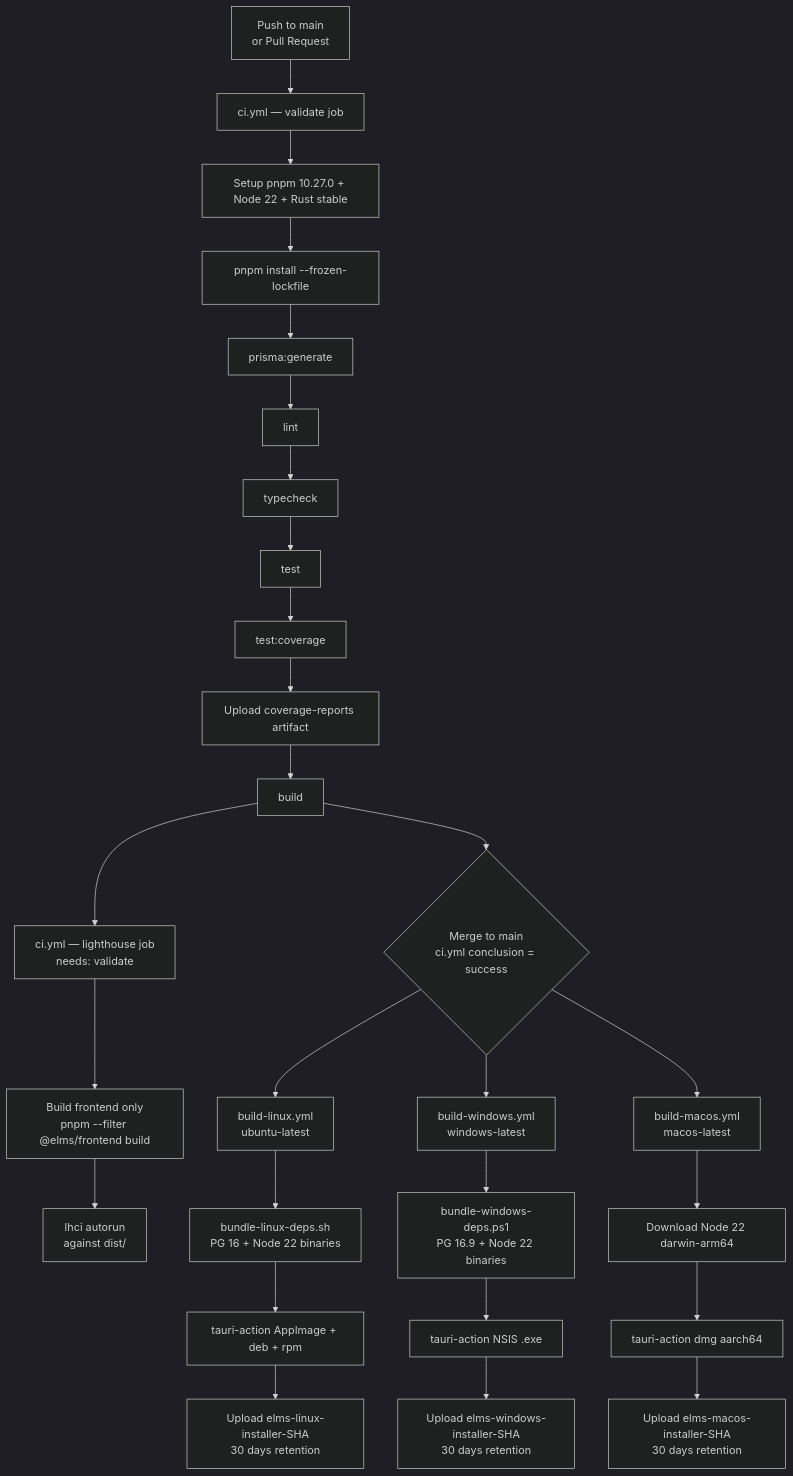
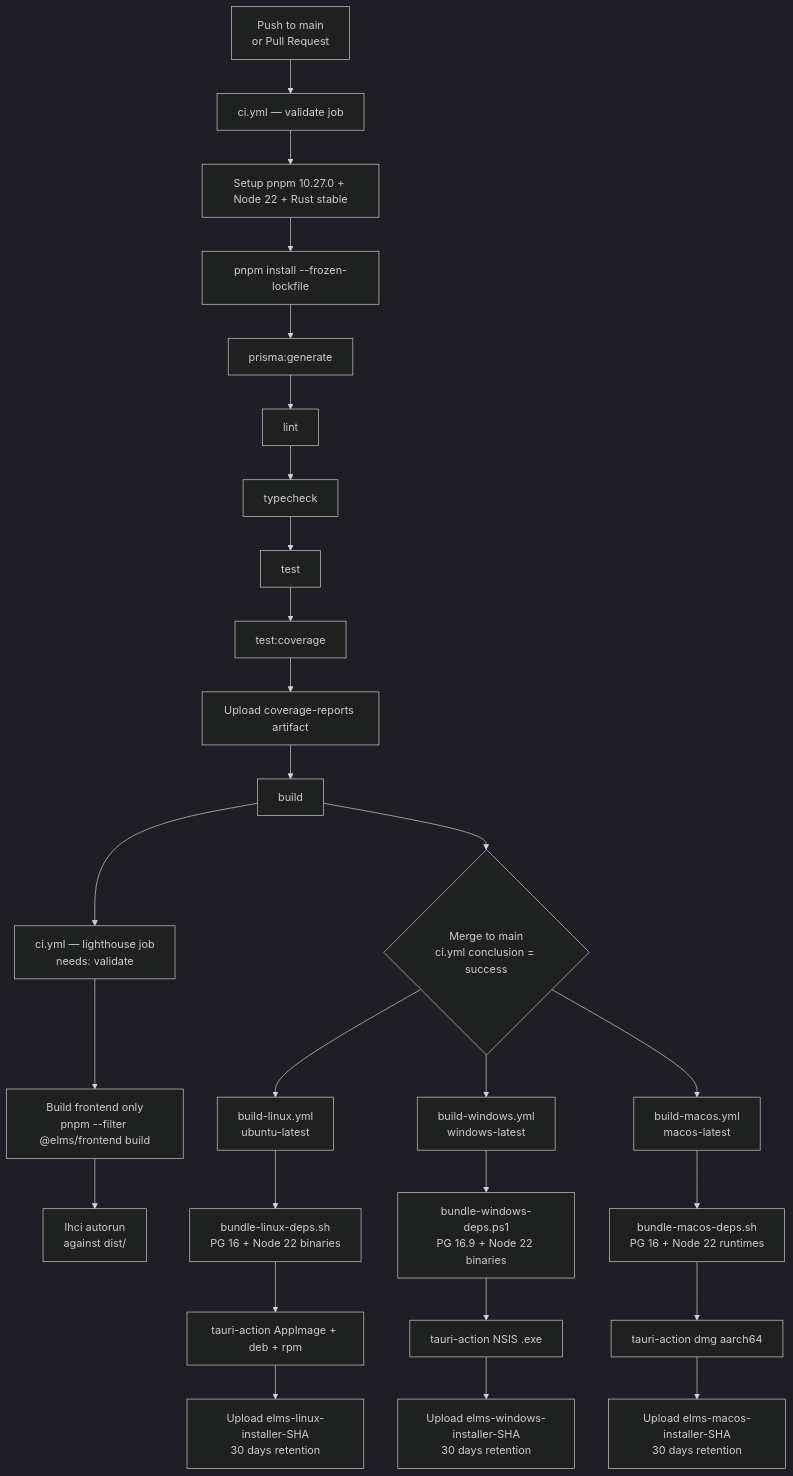
The diagram in docs/architecture/12-cicd-pipeline.md (Mahmoud-s-Khedr/legal_system), drawn with Mermaid (dark theme) before and after one commit. The commit also changed other lines of this file and 4 other files, not shown here.

Commit message:
feat(macOS): bundle PostgreSQL and Node.js for desktop installer; add verification script

````diff
--- a/docs/architecture/12-cicd-pipeline.md
+++ b/docs/architecture/12-cicd-pipeline.md
@@ -11,33 +11,33 @@
 ```mermaid
 flowchart TD
     A[Push to main\nor Pull Request] --> B[ci.yml — validate job]
     B --> B1[Setup pnpm 10.27.0 + Node 22 + Rust stable]
     B1 --> B2[pnpm install --frozen-lockfile]
     B2 --> B3[prisma:generate]
     B3 --> B4[lint]
     B4 --> B5[typecheck]
     B5 --> B6[test]
     B6 --> B7[test:coverage]
     B7 --> B8[Upload coverage-reports artifact]
     B8 --> B9[build]
     B9 --> C[ci.yml — lighthouse job\nneeds: validate]
     C --> C1[Build frontend only\npnpm --filter @elms/frontend build]
     C1 --> C2[lhci autorun\nagainst dist/]
 
     B9 --> D{Merge to main\nci.yml conclusion = success}
     D --> E[build-linux.yml\nubuntu-latest]
     D --> F[build-windows.yml\nwindows-latest]
     D --> G[build-macos.yml\nmacos-latest]
 
     E --> E1[bundle-linux-deps.sh\nPG 16 + Node 22 binaries]
     E1 --> E2[tauri-action AppImage + deb + rpm]
     E2 --> E3[Upload elms-linux-installer-SHA\n30 days retention]
 
     F --> F1[bundle-windows-deps.ps1\nPG 16.9 + Node 22 binaries]
     F1 --> F2[tauri-action NSIS .exe]
     F2 --> F3[Upload elms-windows-installer-SHA\n30 days retention]
 
-    G --> G1[Download Node 22 darwin-arm64]
+    G --> G1[bundle-macos-deps.sh\nPG 16 + Node 22 runtimes]
     G1 --> G2[tauri-action dmg aarch64]
     G2 --> G3[Upload elms-macos-installer-SHA\n30 days retention]
 ```
````
